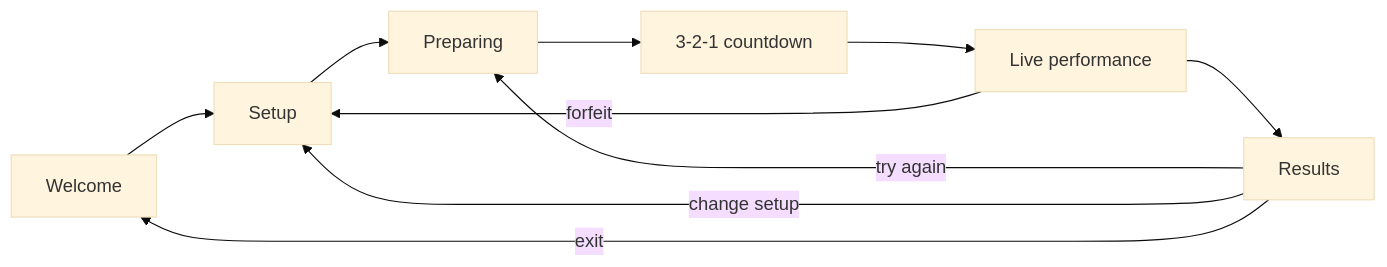
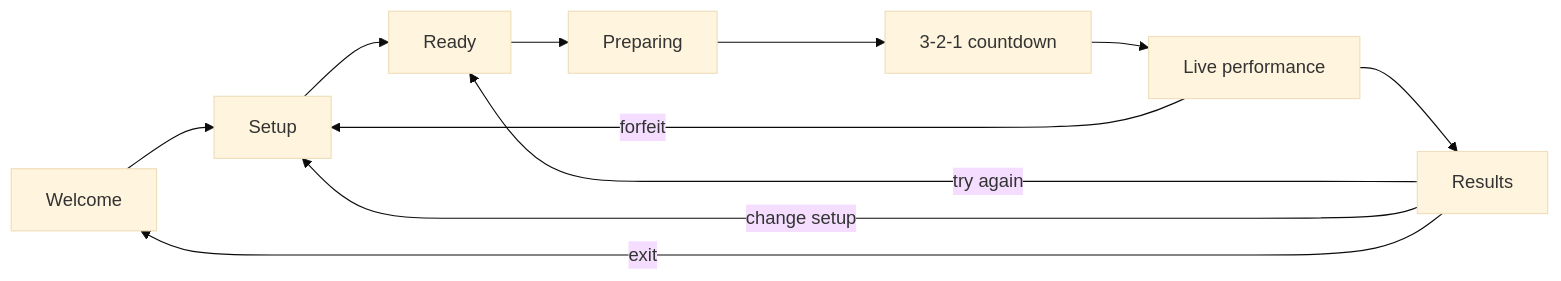
The diagram in docs/003. PHASE-1-DESIGN.md (engineeringstuff/music-performance), drawn with Mermaid (base theme) before and after one commit. The commit also changed other lines of this file and 143 other files, not shown here.

````diff
--- a/docs/003. PHASE-1-DESIGN.md
+++ b/docs/003. PHASE-1-DESIGN.md
@@ -228,12 +243,13 @@
 ```mermaid
 flowchart LR
   W[Welcome] --> S[Setup]
-  S --> P[Preparing]
+  S --> R[Ready]
+  R --> P[Preparing]
   P --> C[3-2-1 countdown]
   C --> L[Live performance]
-  L --> R[Results]
+  L --> Res[Results]
   L -->|forfeit| S
-  R -->|try again| P
-  R -->|change setup| S
-  R -->|exit| W
+  Res -->|try again| R
+  Res -->|change setup| S
+  Res -->|exit| W
 ```
````
